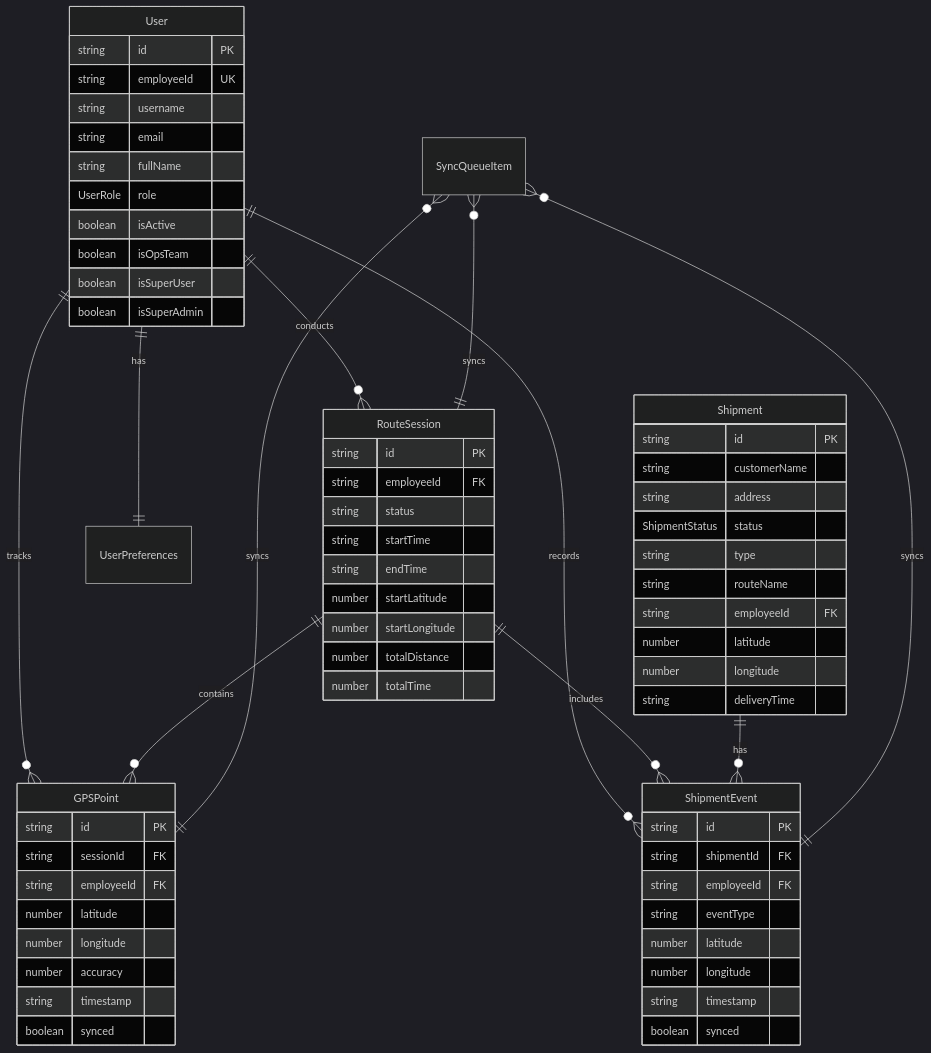
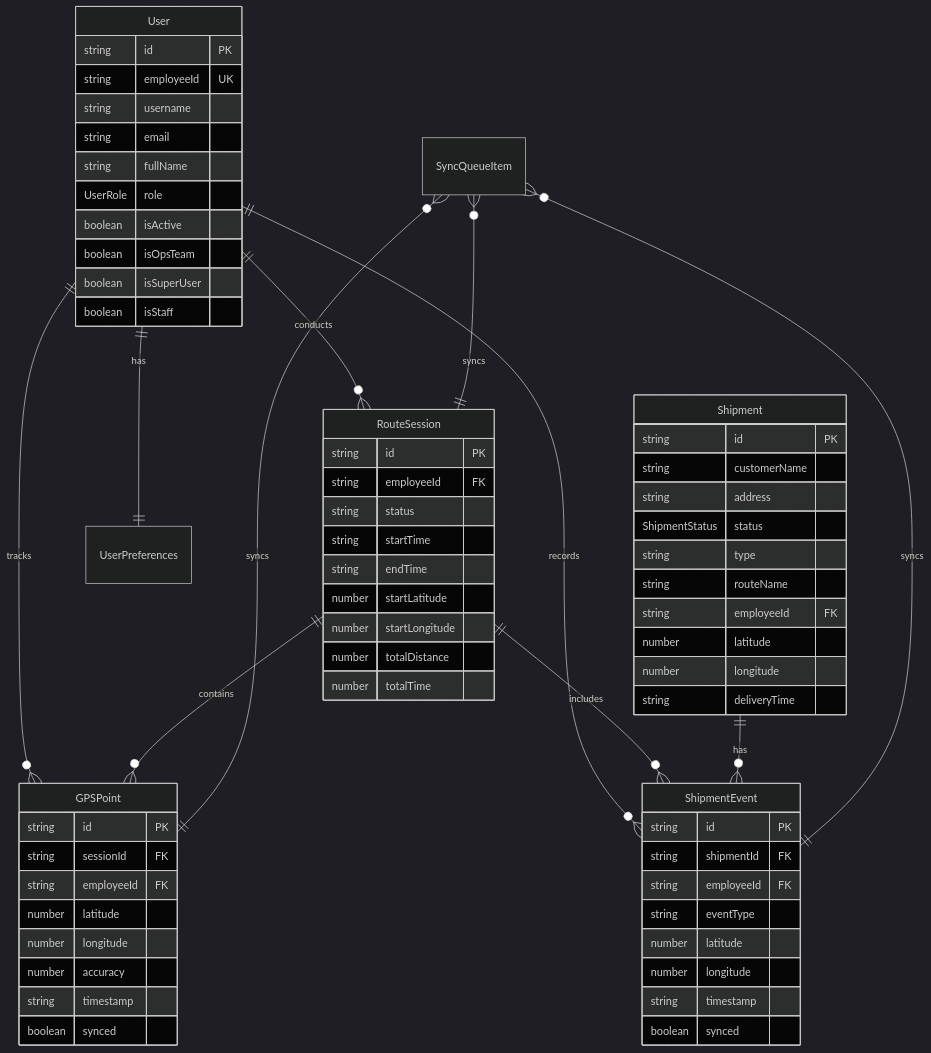
The diagram in docs/database-schema.md (printo/RiderPro), drawn with Mermaid (dark theme) before and after one commit. The commit also changed other lines of this file and 21 other files, not shown here.

````diff
--- a/docs/database-schema.md
+++ b/docs/database-schema.md
@@ -538,76 +538,76 @@
 ```mermaid
 erDiagram
     User ||--o{ RouteSession : conducts
     User ||--o{ ShipmentEvent : records
     User ||--o{ GPSPoint : tracks
     User ||--|| UserPreferences : has
     
     RouteSession ||--o{ GPSPoint : contains
     RouteSession ||--o{ ShipmentEvent : includes
     
     Shipment ||--o{ ShipmentEvent : has
     
     SyncQueueItem }o--|| GPSPoint : syncs
     SyncQueueItem }o--|| ShipmentEvent : syncs
     SyncQueueItem }o--|| RouteSession : syncs
     
     User {
         string id PK
         string employeeId UK
         string username
         string email
         string fullName
         UserRole role
         boolean isActive
         boolean isOpsTeam
         boolean isSuperUser
-        boolean isSuperAdmin
+        boolean isStaff
     }
     
     Shipment {
         string id PK
         string customerName
         string address
         ShipmentStatus status
         string type
         string routeName
         string employeeId FK
         number latitude
         number longitude
         string deliveryTime
     }
     
     RouteSession {
         string id PK
         string employeeId FK
         string status
         string startTime
         string endTime
         number startLatitude
         number startLongitude
         number totalDistance
         number totalTime
     }
     
     GPSPoint {
         string id PK
         string sessionId FK
         string employeeId FK
         number latitude
         number longitude
         number accuracy
         string timestamp
         boolean synced
     }
     
     ShipmentEvent {
         string id PK
         string shipmentId FK
         string employeeId FK
         string eventType
         number latitude
         number longitude
         string timestamp
         boolean synced
     }
 ```
````
